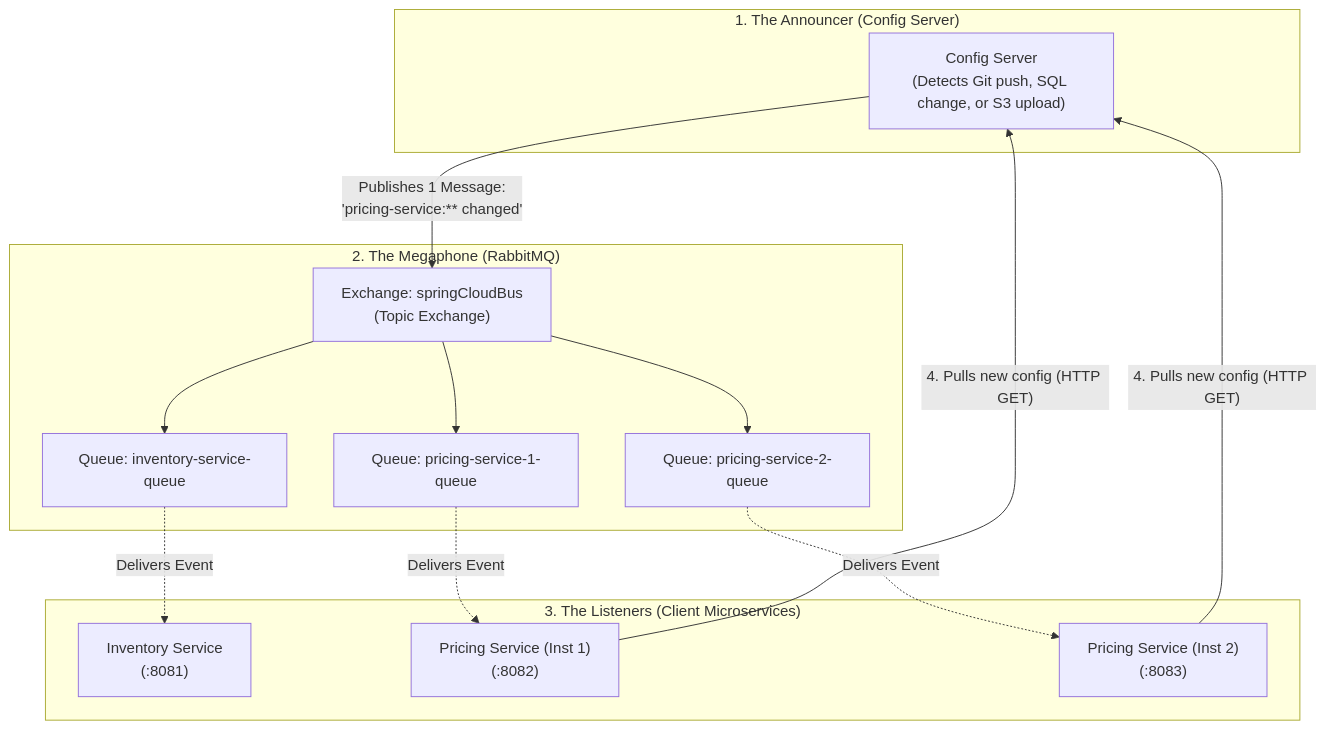
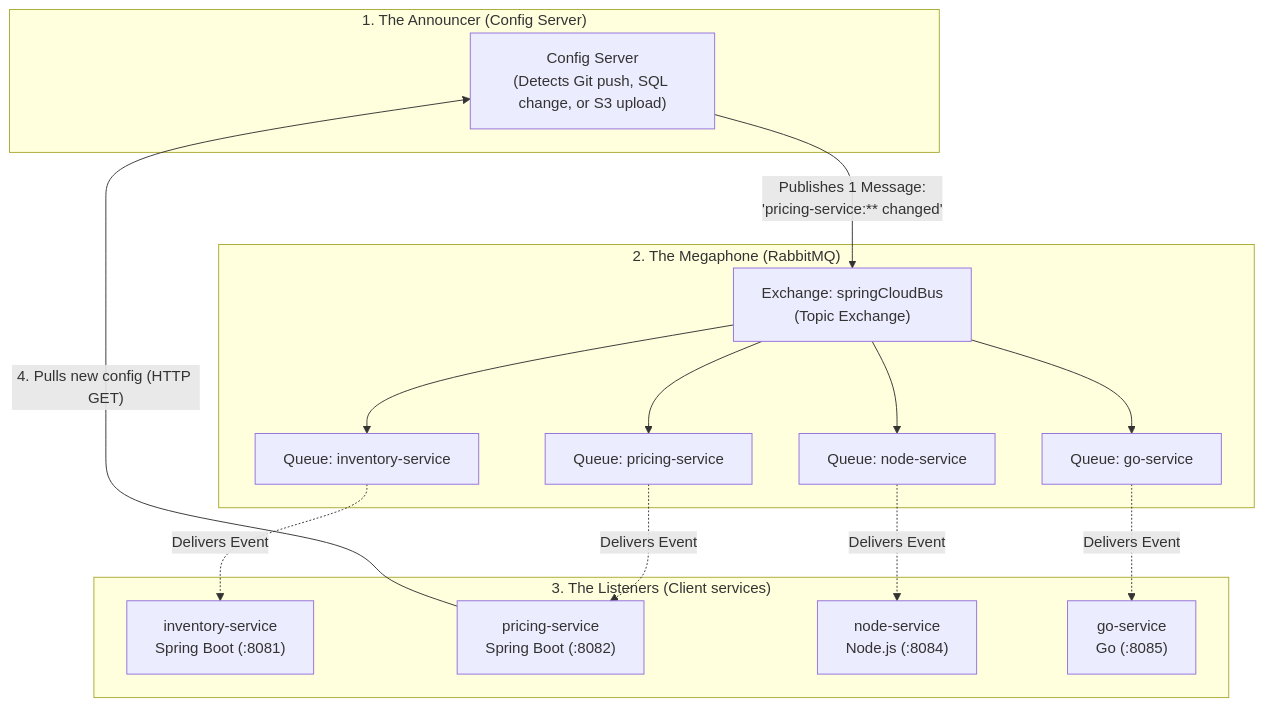
Before and after one commit to kirankumarhm/springboot-config-server-external-properties-demo: the diagram in README.md, drawn with Mermaid. The commit also changed other lines of this file and 438 other files, not shown here.

````diff
--- a/README.md
+++ b/README.md
@@ -315,29 +340,32 @@
 ```mermaid
 graph TD
     subgraph ConfigServer["1. The Announcer (Config Server)"]
         CS["Config Server<br/>(Detects Git push, SQL change, or S3 upload)"]
     end
 
     subgraph Broker["2. The Megaphone (RabbitMQ)"]
         Ex["Exchange: springCloudBus<br/>(Topic Exchange)"]
-        Q1["Queue: inventory-service-queue"]
-        Q2["Queue: pricing-service-1-queue"]
-        Q3["Queue: pricing-service-2-queue"]
+        Q1["Queue: inventory-service"]
+        Q2["Queue: pricing-service"]
+        Q3["Queue: node-service"]
+        Q4["Queue: go-service"]
         Ex --> Q1
         Ex --> Q2
         Ex --> Q3
+        Ex --> Q4
     end
 
-    subgraph Microservices["3. The Listeners (Client Microservices)"]
-        Inv["Inventory Service<br/>(:8081)"]
-        Prc1["Pricing Service (Inst 1)<br/>(:8082)"]
-        Prc2["Pricing Service (Inst 2)<br/>(:8083)"]
+    subgraph Microservices["3. The Listeners (Client services)"]
+        Inv["inventory-service<br/>Spring Boot (:8081)"]
+        Prc["pricing-service<br/>Spring Boot (:8082)"]
+        Node["node-service<br/>Node.js (:8084)"]
+        Go["go-service<br/>Go (:8085)"]
         Q1 -. Delivers Event .-> Inv
-        Q2 -. Delivers Event .-> Prc1
-        Q3 -. Delivers Event .-> Prc2
+        Q2 -. Delivers Event .-> Prc
+        Q3 -. Delivers Event .-> Node
+        Q4 -. Delivers Event .-> Go
     end
 
     CS -- "Publishes 1 Message:<br/>'pricing-service:** changed'" --> Ex
-    Prc1 -- "4. Pulls new config (HTTP GET)" --> CS
-    Prc2 -- "4. Pulls new config (HTTP GET)" --> CS
+    Prc -- "4. Pulls new config (HTTP GET)" --> CS
 ```
````
